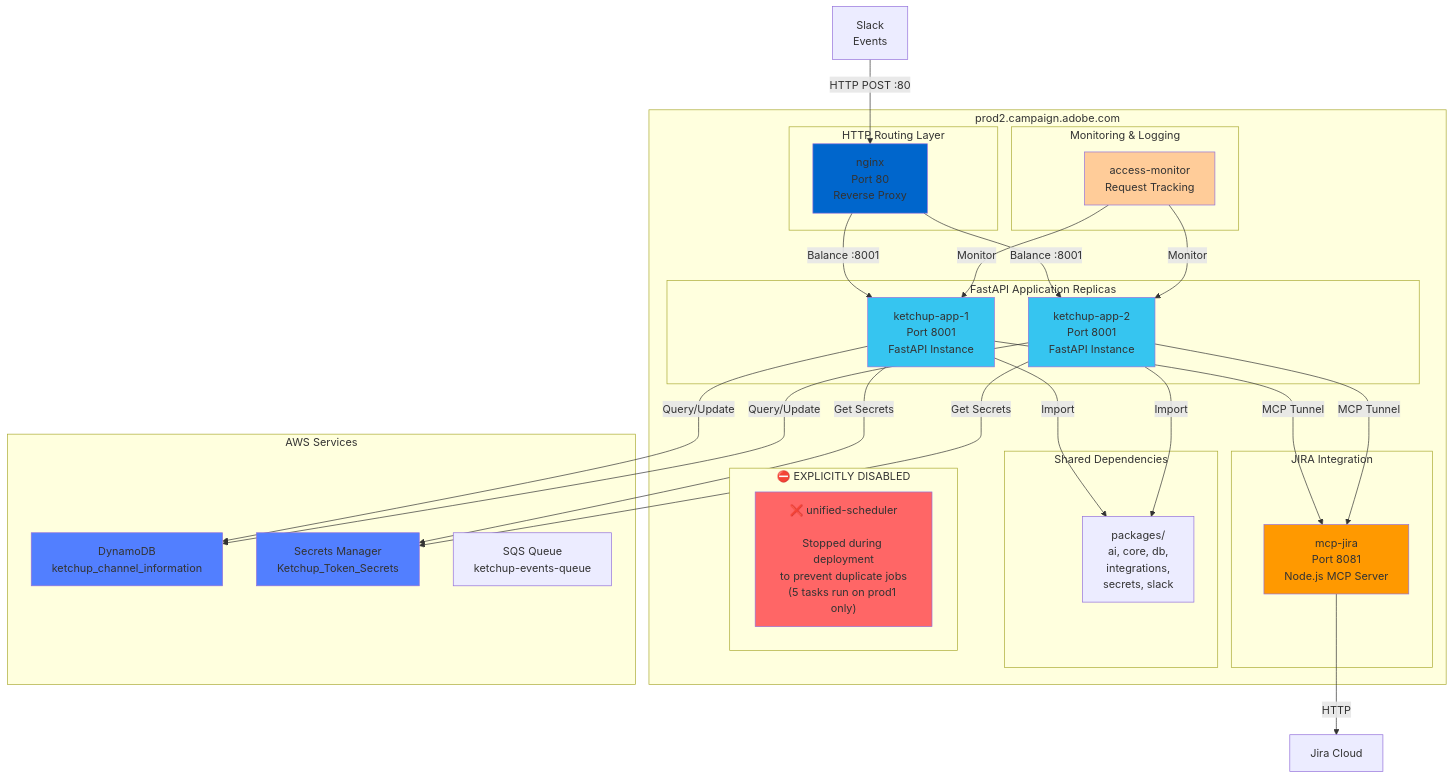
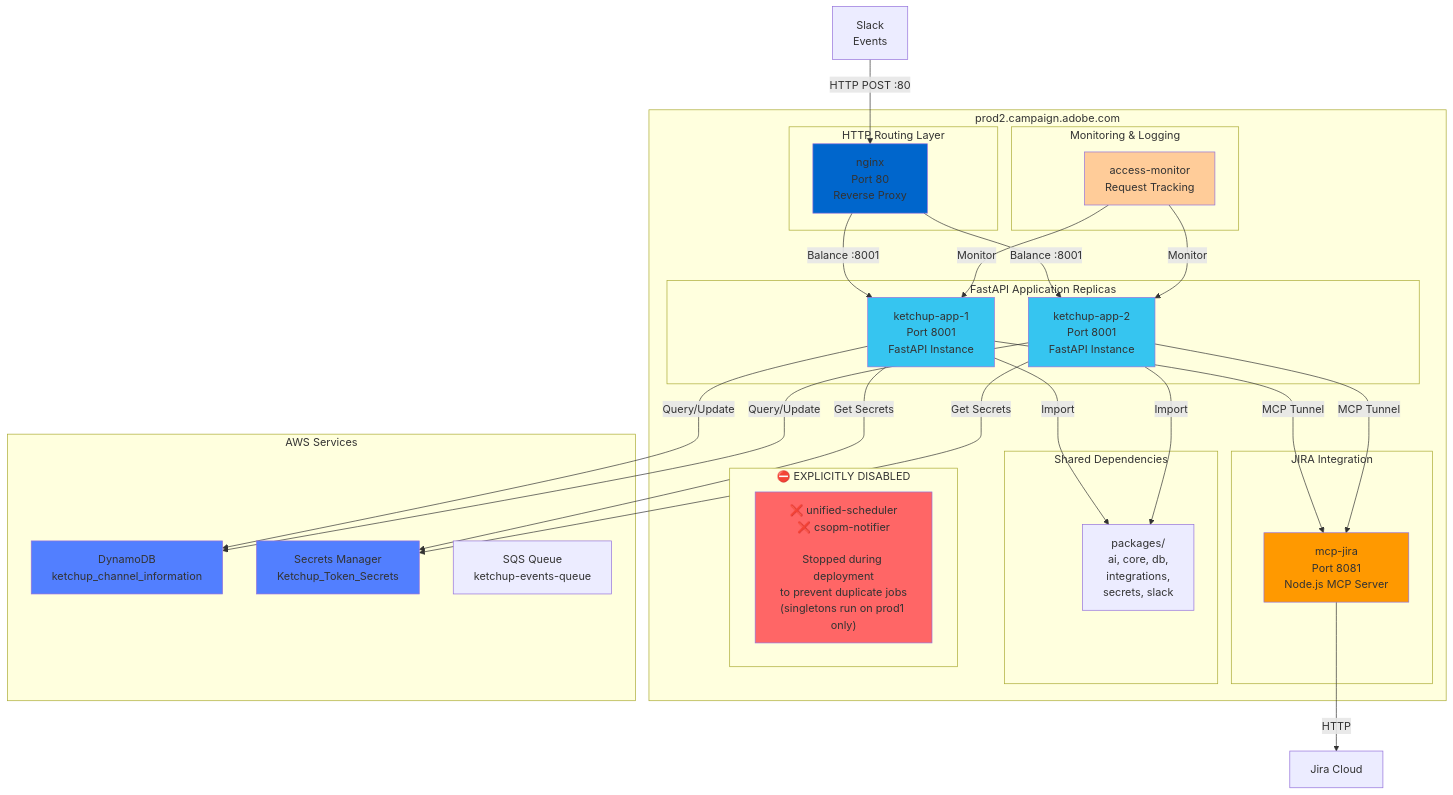
Before and after one commit to blueman82/mcp-exec: the second of 5 diagrams in projects/ketchup/docs/diagrams/5-container-topology.md, drawn with Mermaid.

Commit message:
Update documentation: 5-container-topology.md via Edit [2026-01-22 11:29]

````diff
--- a/projects/ketchup/docs/diagrams/5-container-topology.md
+++ b/projects/ketchup/docs/diagrams/5-container-topology.md
@@ -94,67 +94,67 @@
 ```mermaid
 graph TB
     subgraph "prod2.campaign.adobe.com"
         subgraph "HTTP Routing Layer"
             Nginx2["nginx<br/>Port 80<br/>Reverse Proxy"]
         end
 
         subgraph "FastAPI Application Replicas"
             App3["ketchup-app-1<br/>Port 8001<br/>FastAPI Instance"]
             App4["ketchup-app-2<br/>Port 8001<br/>FastAPI Instance"]
         end
 
         subgraph "JIRA Integration"
             MCP2["mcp-jira<br/>Port 8081<br/>Node.js MCP Server"]
         end
 
         subgraph "Monitoring & Logging"
             AccessMonitor2["access-monitor<br/>Request Tracking"]
         end
 
         subgraph "Shared Dependencies"
             Packages2["packages/<br/>ai, core, db,<br/>integrations,<br/>secrets, slack"]
         end
 
         subgraph "⛔ EXPLICITLY DISABLED"
-            DisabledServices["❌ unified-scheduler<br/><br/>Stopped during deployment<br/>to prevent duplicate jobs<br/>(5 tasks run on prod1 only)"]
+            DisabledServices["❌ unified-scheduler<br/>❌ csopm-notifier<br/><br/>Stopped during deployment<br/>to prevent duplicate jobs<br/>(singletons run on prod1 only)"]
         end
     end
 
     subgraph "AWS Services"
         DDB2["DynamoDB<br/>ketchup_channel_information"]
         Secrets2["Secrets Manager<br/>Ketchup_Token_Secrets"]
         SQS2["SQS Queue<br/>ketchup-events-queue"]
     end
 
     Input2["Slack<br/>Events"]
     Input2 -->|HTTP POST :80| Nginx2
 
     Nginx2 -->|Balance :8001| App3
     Nginx2 -->|Balance :8001| App4
 
     App3 -->|Import| Packages2
     App4 -->|Import| Packages2
 
     App3 -->|MCP Tunnel| MCP2
     App4 -->|MCP Tunnel| MCP2
 
     MCP2 -->|HTTP| JiraCloud2["Jira Cloud"]
 
     App3 -->|Query/Update| DDB2
     App4 -->|Query/Update| DDB2
 
     App3 -->|Get Secrets| Secrets2
     App4 -->|Get Secrets| Secrets2
 
     AccessMonitor2 -->|Monitor| App3
     AccessMonitor2 -->|Monitor| App4
 
     style Nginx2 fill:#0066cc
     style App3 fill:#36c5f0
     style App4 fill:#36c5f0
     style MCP2 fill:#ff9900
     style AccessMonitor2 fill:#ffcc99
     style DDB2 fill:#527fff
     style Secrets2 fill:#527fff
     style DisabledServices fill:#ff6666
 ```
````
